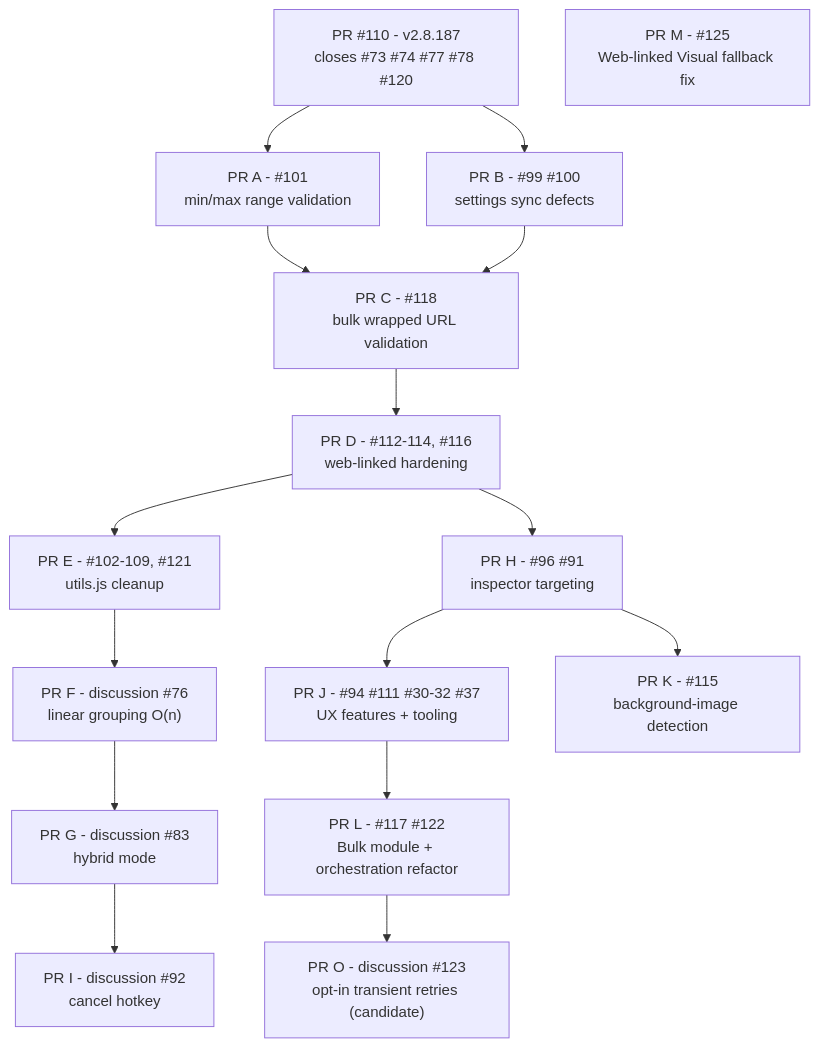
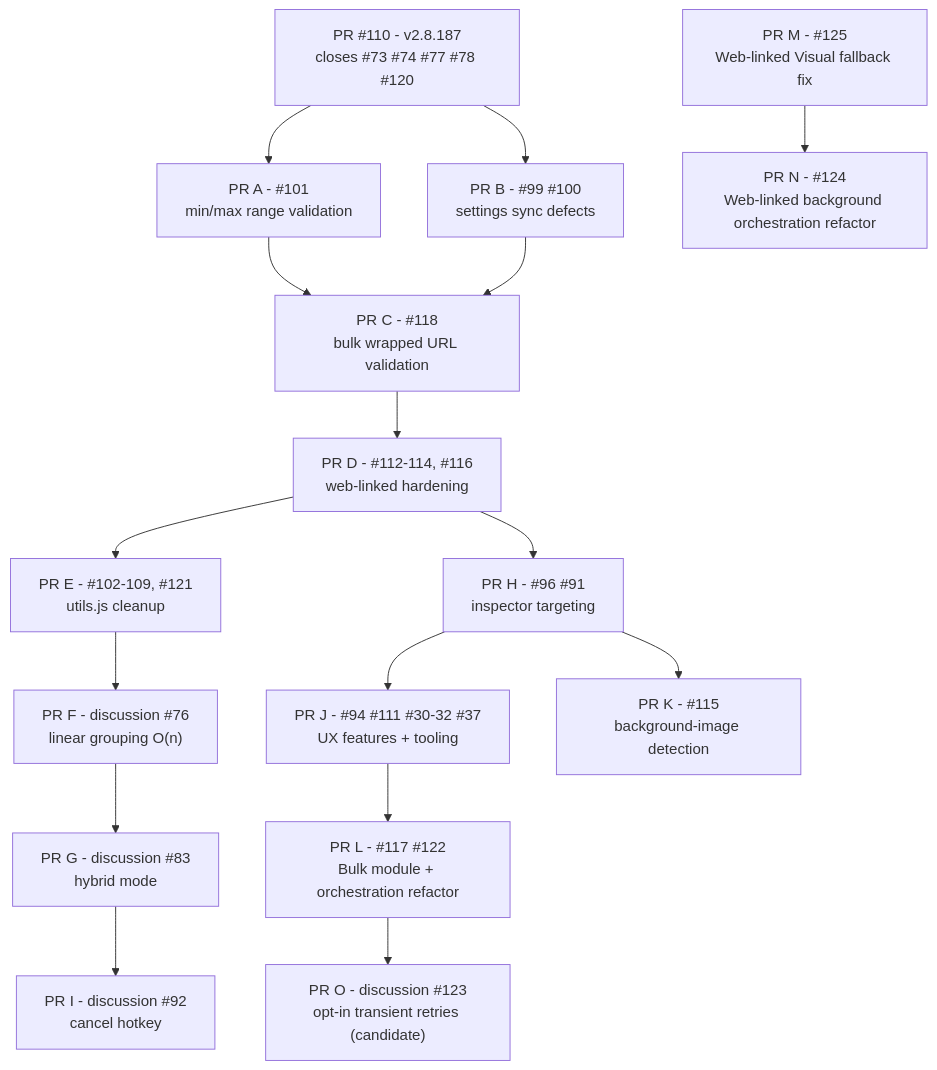
One commit to del-Pacifico/Mass-Image-Downloader changed the diagram in docs/ROADMAP.md. Above: the diagram before and after it, drawn with Mermaid. The commit also changed other lines of this file and 1 other file, not shown here.

Commit message:
docs(roadmap): schedule Web-linked orchestration refactor (#124)

````diff
--- a/docs/ROADMAP.md
+++ b/docs/ROADMAP.md
@@ -60,18 +60,19 @@
 ```mermaid
 graph TD
     PR110["PR #110 - v2.8.187<br/>closes #73 #74 #77 #78 #120"] --> PRA["PR A - #101<br/>min/max range validation"]
     PR110 --> PRB["PR B - #99 #100<br/>settings sync defects"]
     PRA --> PRC["PR C - #118<br/>bulk wrapped URL validation"]
     PRB --> PRC
     PRC --> PRD["PR D - #112-114, #116<br/>web-linked hardening"]
     PRD --> PRE["PR E - #102-109, #121<br/>utils.js cleanup"]
     PRE --> PRF["PR F - discussion #76<br/>linear grouping O(n)"]
     PRF --> PRG["PR G - discussion #83<br/>hybrid mode"]
     PRD --> PRH["PR H - #96 #91<br/>inspector targeting"]
     PRG --> PRI["PR I - discussion #92<br/>cancel hotkey"]
     PRH --> PRJ["PR J - #94 #111 #30-32 #37<br/>UX features + tooling"]
     PRH --> PRK["PR K - #115<br/>background-image detection"]
     PRJ --> PRL["PR L - #117 #122<br/>Bulk module + orchestration refactor"]
     PRM["PR M - #125<br/>Web-linked Visual fallback fix"]
+    PRM --> PRN["PR N - #124<br/>Web-linked background orchestration refactor"]
     PRL --> PRO["PR O - discussion #123<br/>opt-in transient retries (candidate)"]
 ```
````
